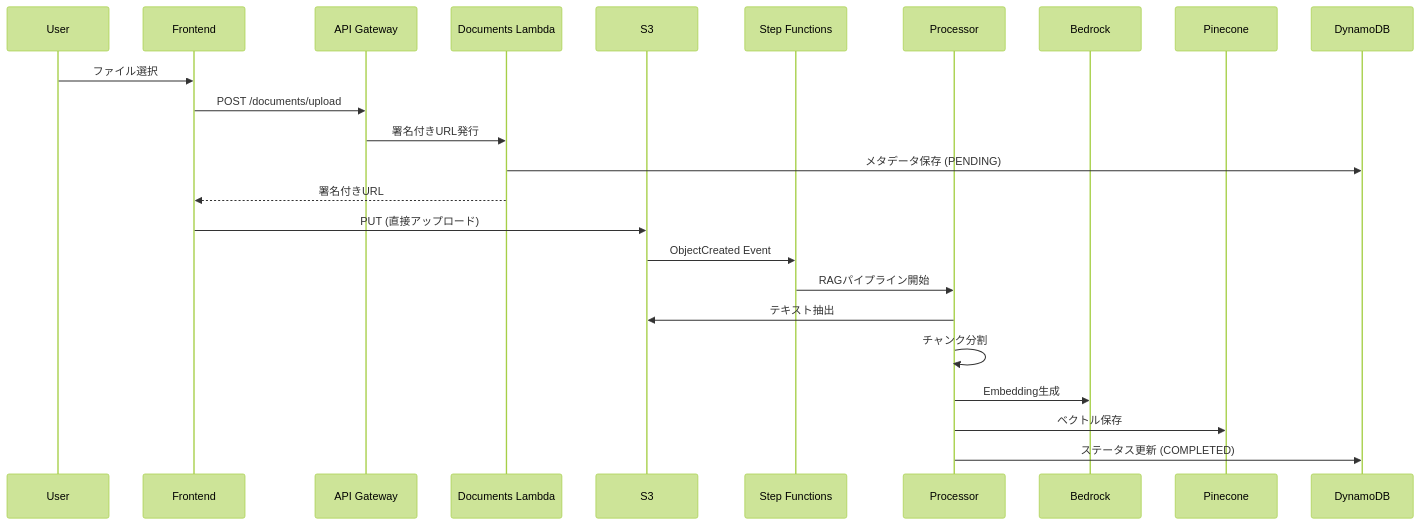
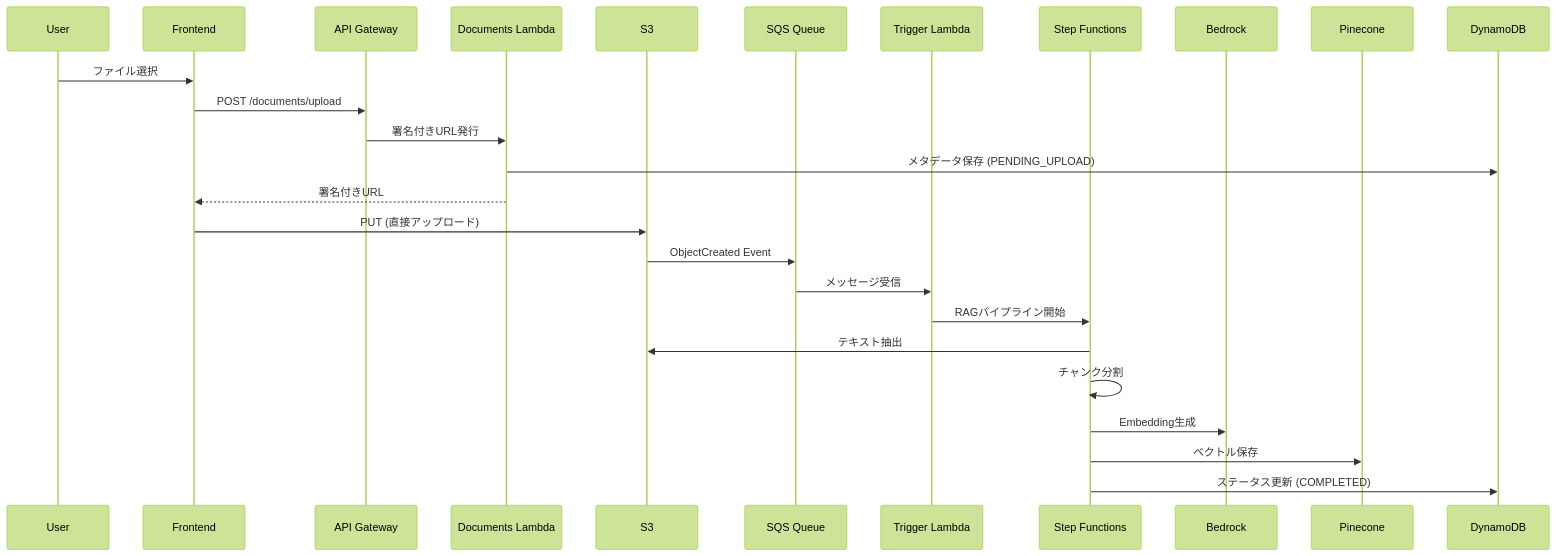
Before and after one commit to r-serori/myelinbase-backend: the second of 3 diagrams in README.md, drawn with Mermaid (forest theme). The commit also changed other lines of this file and 1 other file, not shown here.

````diff
--- a/README.md
+++ b/README.md
@@ -109,28 +124,30 @@
 ```mermaid
 sequenceDiagram
     participant U as User
     participant F as Frontend
     participant API as API Gateway
     participant L as Documents Lambda
     participant S3 as S3
+    participant SQS as SQS Queue
+    participant T as Trigger Lambda
     participant SF as Step Functions
-    participant P as Processor
     participant B as Bedrock
     participant PC as Pinecone
     participant DB as DynamoDB
 
     U->>F: ファイル選択
     F->>API: POST /documents/upload
     API->>L: 署名付きURL発行
-    L->>DB: メタデータ保存 (PENDING)
+    L->>DB: メタデータ保存 (PENDING_UPLOAD)
     L-->>F: 署名付きURL
     F->>S3: PUT (直接アップロード)
 
-    S3->>SF: ObjectCreated Event
-    SF->>P: RAGパイプライン開始
-    P->>S3: テキスト抽出
-    P->>P: チャンク分割
-    P->>B: Embedding生成
-    P->>PC: ベクトル保存
-    P->>DB: ステータス更新 (COMPLETED)
+    S3->>SQS: ObjectCreated Event
+    SQS->>T: メッセージ受信
+    T->>SF: RAGパイプライン開始
+    SF->>S3: テキスト抽出
+    SF->>SF: チャンク分割
+    SF->>B: Embedding生成
+    SF->>PC: ベクトル保存
+    SF->>DB: ステータス更新 (COMPLETED)
 ```
````
